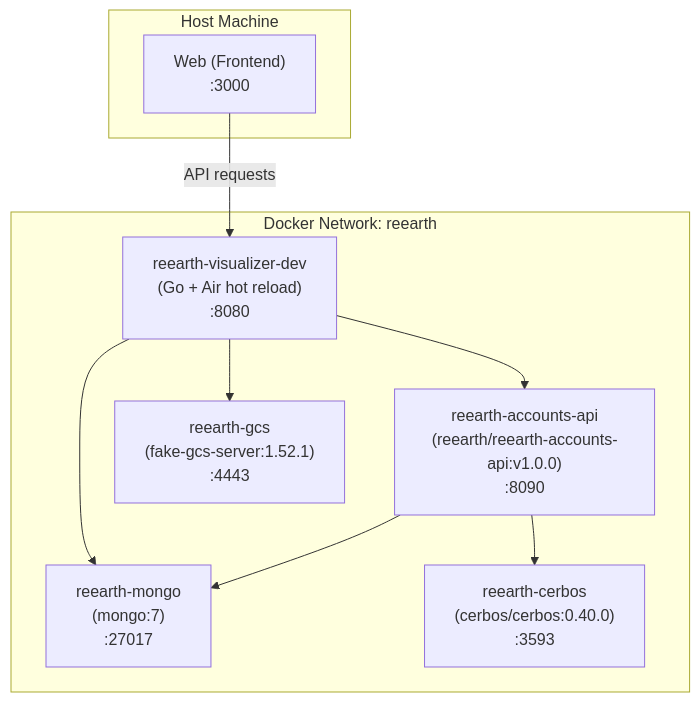
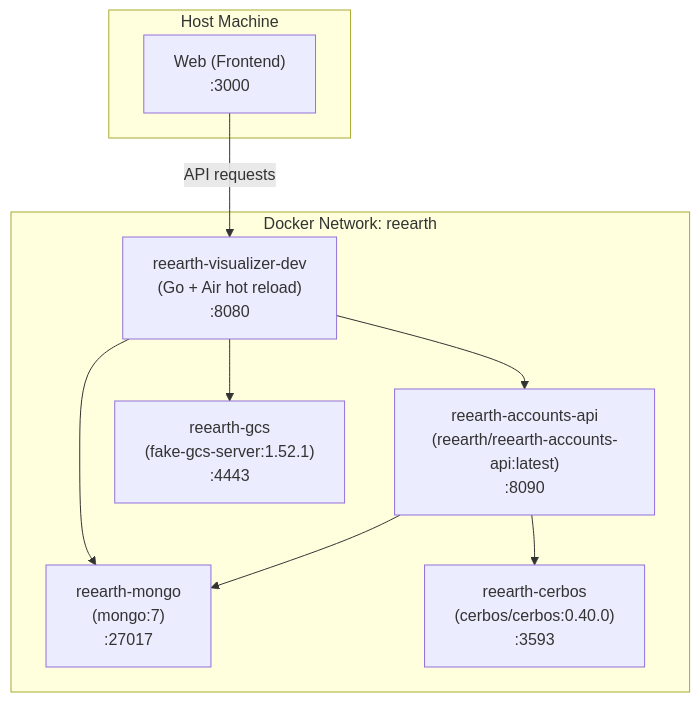
One commit to reearth/reearth-visualizer changed the second of 7 diagrams in server/README.md. Above: the diagram before and after it, drawn with Mermaid. The commit also changed other lines of this file and 1 other file, not shown here.

Commit message:
fix(server): update reearth-accounts-api image to latest (#2168)

````diff
--- a/server/README.md
+++ b/server/README.md
@@ -144,21 +144,21 @@
 ```mermaid
 graph TB
     subgraph host["Host Machine"]
         Web["Web (Frontend)<br/>:3000"]
     end
 
     subgraph docker["Docker Network: reearth"]
         Visualizer["reearth-visualizer-dev<br/>(Go + Air hot reload)<br/>:8080"]
-        Accounts["reearth-accounts-api<br/>(reearth/reearth-accounts-api:v1.0.0)<br/>:8090"]
+        Accounts["reearth-accounts-api<br/>(reearth/reearth-accounts-api:latest)<br/>:8090"]
         Cerbos["reearth-cerbos<br/>(cerbos/cerbos:0.40.0)<br/>:3593"]
         Mongo["reearth-mongo<br/>(mongo:7)<br/>:27017"]
         GCS["reearth-gcs<br/>(fake-gcs-server:1.52.1)<br/>:4443"]
     end
 
     Web -- "API requests" --> Visualizer
     Visualizer --> Mongo
     Visualizer --> GCS
     Visualizer --> Accounts
     Accounts --> Mongo
     Accounts --> Cerbos
 ```
````
